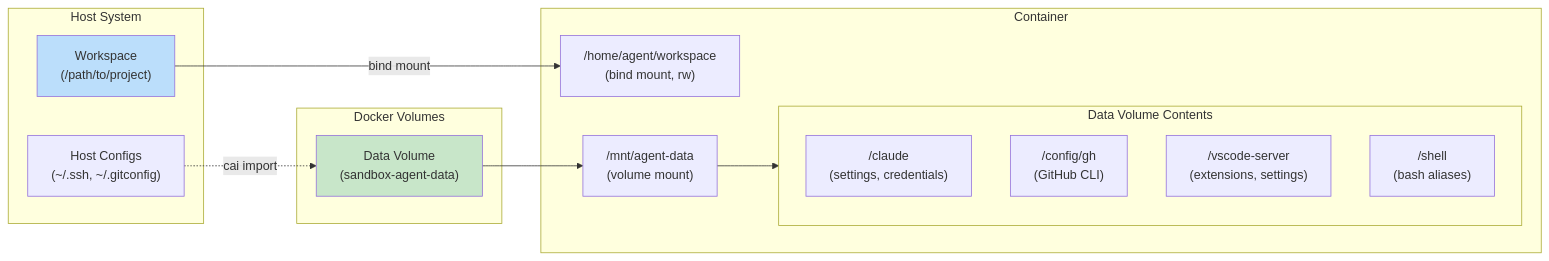
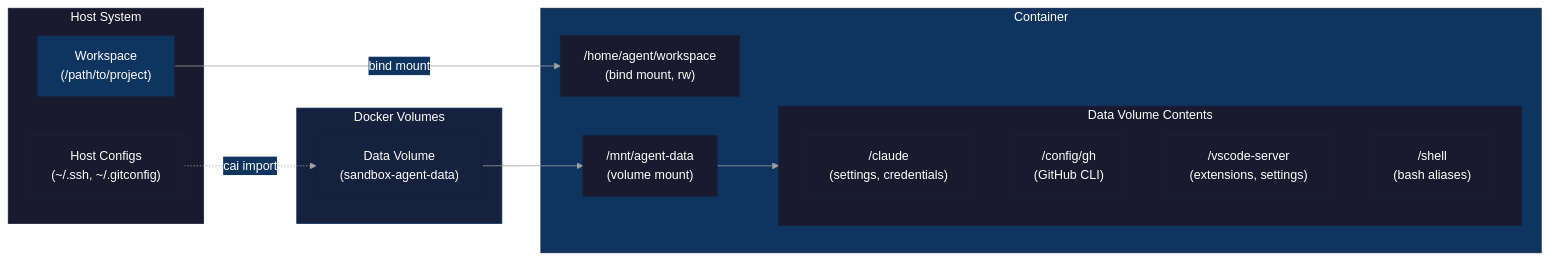
Before and after one commit to novotnyllc/ContainAI: the seventh of 8 diagrams in docs/architecture.md, drawn with Mermaid. The commit also changed other lines of this file and 45 other files, not shown here.

````diff
--- a/docs/architecture.md
+++ b/docs/architecture.md
@@ -252,31 +335,45 @@
 ```mermaid
+%%{init: {'theme': 'base', 'themeVariables': {
+  'primaryColor': '#1a1a2e',
+  'primaryTextColor': '#ffffff',
+  'primaryBorderColor': '#16213e',
+  'secondaryColor': '#0f3460',
+  'tertiaryColor': '#1a1a2e',
+  'lineColor': '#a0a0a0',
+  'textColor': '#ffffff',
+  'background': '#0d1117'
+}}}%%
 flowchart LR
     subgraph Host["Host System"]
         Workspace["Workspace<br/>(/path/to/project)"]
         HostConfigs["Host Configs<br/>(~/.ssh, ~/.gitconfig)"]
     end
 
     subgraph Volumes["Docker Volumes"]
         DataVol["Data Volume<br/>(sandbox-agent-data)"]
     end
 
     subgraph Container["Container"]
         WorkMount["/home/agent/workspace<br/>(bind mount, rw)"]
         DataMount["/mnt/agent-data<br/>(volume mount)"]
 
         subgraph DataStructure["Data Volume Contents"]
             Claude["/claude<br/>(settings, credentials)"]
             GH["/config/gh<br/>(GitHub CLI)"]
             VSCode["/vscode-server<br/>(extensions, settings)"]
             Shell["/shell<br/>(bash aliases)"]
         end
     end
 
     Workspace -->|"bind mount"| WorkMount
     DataVol --> DataMount
     DataMount --> DataStructure
     HostConfigs -.->|"cai import"| DataVol
 
-    style DataVol fill:#c8e6c9
-    style Workspace fill:#bbdefb
+    style Host fill:#1a1a2e,stroke:#16213e,color:#fff
+    style Volumes fill:#16213e,stroke:#0f3460,color:#fff
+    style Container fill:#0f3460,stroke:#16213e,color:#fff
+    style DataStructure fill:#1a1a2e,stroke:#16213e,color:#fff
+    style DataVol fill:#16213e,stroke:#16213e,color:#fff
+    style Workspace fill:#0f3460,stroke:#16213e,color:#fff
 ```
````
